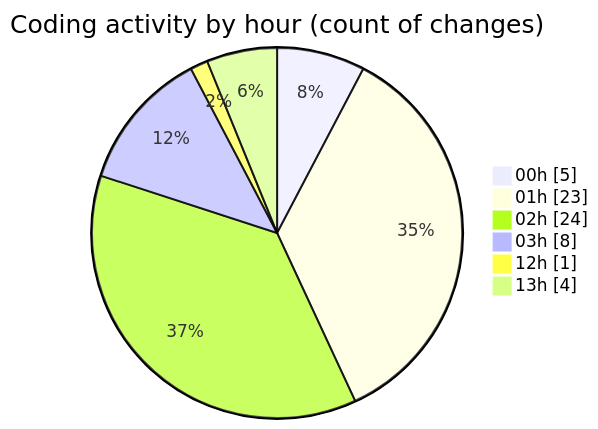
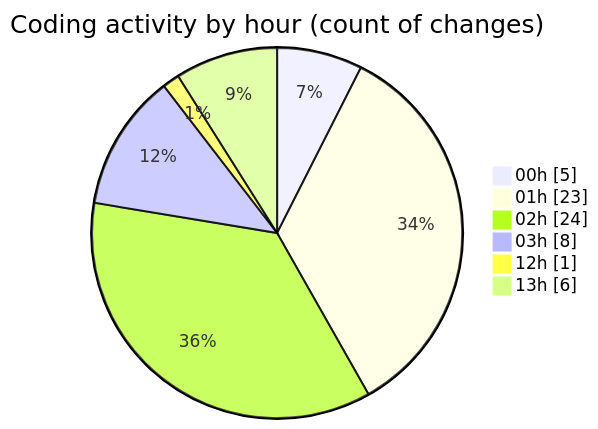
Before and after one commit to julien-gomy/code-tracking: the second of 2 diagrams in 2025-11-06/usr_aleoudev_fr__workspace_/README.md, drawn with Mermaid. The commit also changed other lines of this file and 1 other file, not shown here.

````diff
--- a/2025-11-06/usr_aleoudev_fr__workspace_/README.md
+++ b/2025-11-06/usr_aleoudev_fr__workspace_/README.md
@@ -33,10 +33,10 @@
 ```mermaid
 pie showData
 title Coding activity by hour (count of changes)
 "00h" : 5
 "01h" : 23
 "02h" : 24
 "03h" : 8
 "12h" : 1
-"13h" : 4
+"13h" : 6
 ```
````
